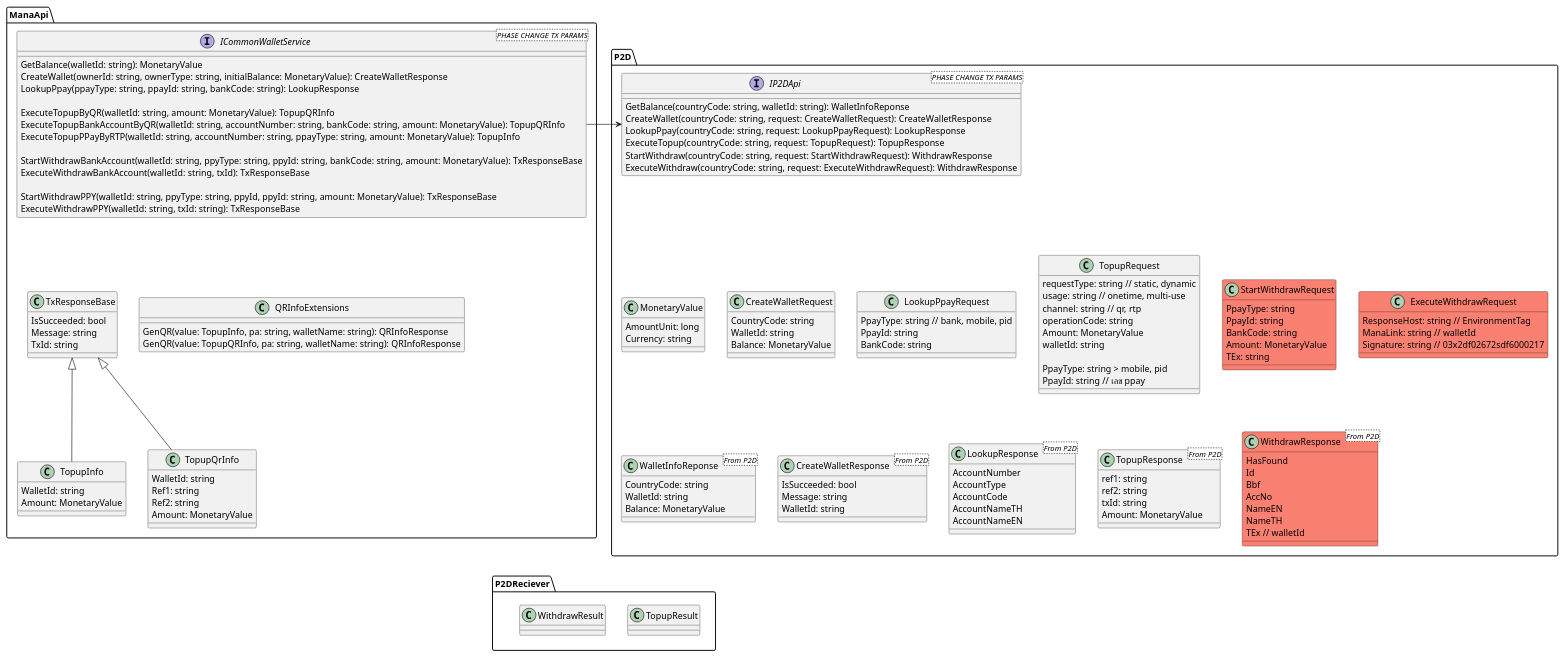
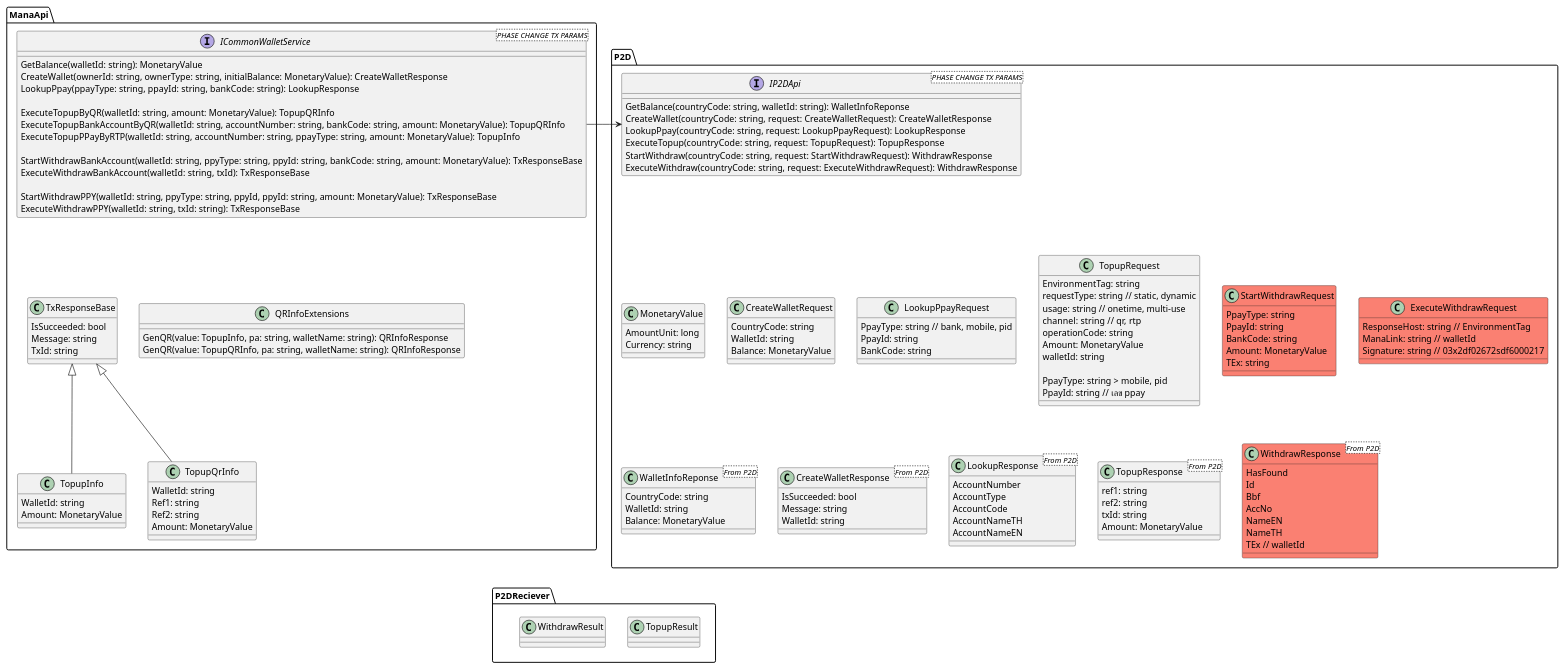
The second of 2 diagrams in financial-params/financial-interface-tx-params.md (BugLordTO/cart-ideas), drawn with PlantUML before and after one commit. The commit also changed other lines of this file, not shown here.

```diff
--- a/financial-params/financial-interface-tx-params.md
+++ b/financial-params/financial-interface-tx-params.md
@@ -305,6 +306,7 @@
     LookupPpayRequest .[hidden].> LookupResponse
 
     class TopupRequest {
+        EnvironmentTag: string
         requestType: string // static, dynamic
         usage: string // onetime, multi-use
         channel: string // qr, rtp
```
